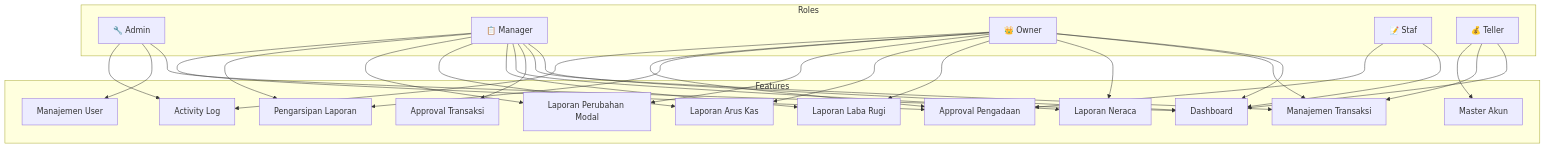
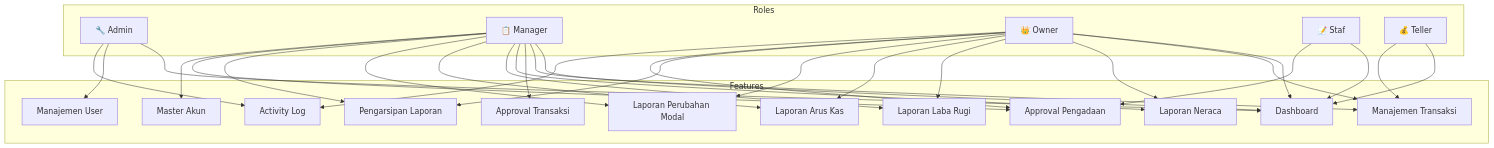
The third of 6 diagrams in system_overview.md (HizkiaPolii/Website_Developer_Perumahan), drawn with Mermaid before and after one commit. The commit also changed other lines of this file and 34 other files, not shown here.

First line of the commit message:
docs: simpan sumber diagram, abaikan dokumen skripsi dan gambar bangkitan

````diff
--- a/system_overview.md
+++ b/system_overview.md
@@ -206,31 +206,31 @@
 ```mermaid
 graph TD
     subgraph Roles
         Admin["🔧 Admin"]
         Manager["📋 Manager"]
         Owner["👑 Owner"]
         Staf["📝 Staf"]
         Teller["💰 Teller"]
     end
 
     subgraph Features
         D["Dashboard"]
         T["Manajemen Transaksi"]
         TA["Approval Transaksi"]
         LN["Laporan Neraca"]
         LLR["Laporan Laba Rugi"]
         LAK["Laporan Arus Kas"]
         LPM["Laporan Perubahan Modal"]
         PA["Pengarsipan Laporan"]
         AP["Approval Pengadaan"]
         MU["Manajemen User"]
         AL["Activity Log"]
         MA["Master Akun"]
     end
 
     Admin --> D & MU & AL
-    Manager --> D & T & TA & LN & LLR & LAK & LPM & PA & AP
+    Manager --> D & T & TA & LN & LLR & LAK & LPM & PA & AP & MA
     Owner --> D & T & LN & LLR & LAK & LPM & PA & AP & AL
     Staf --> D & AP
-    Teller --> D & T & MA
+    Teller --> D & T
 ```
````
